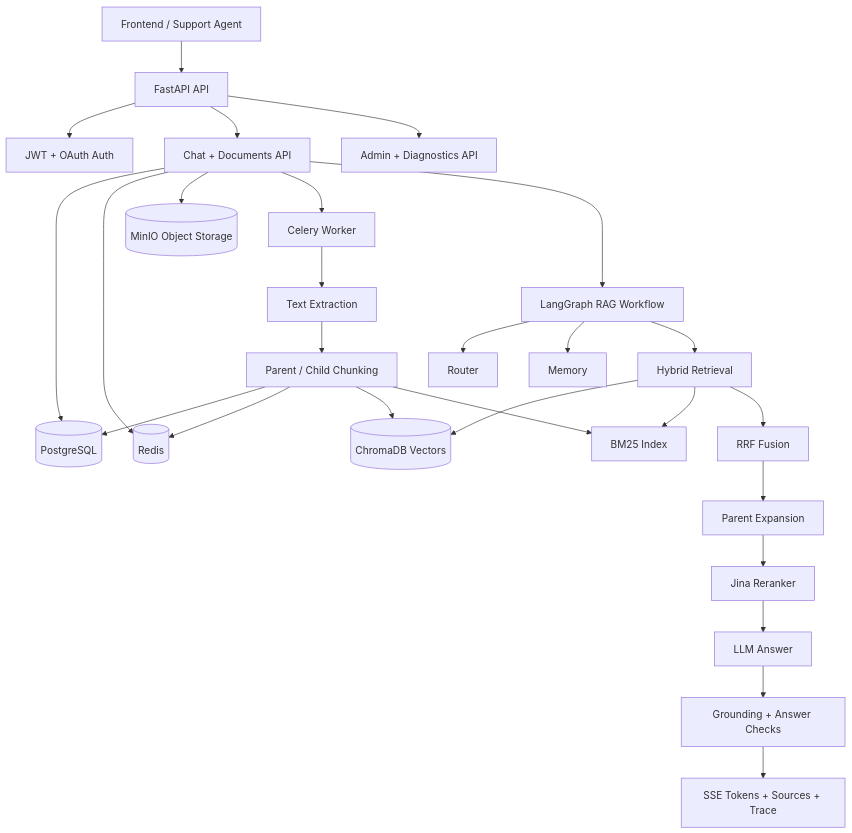
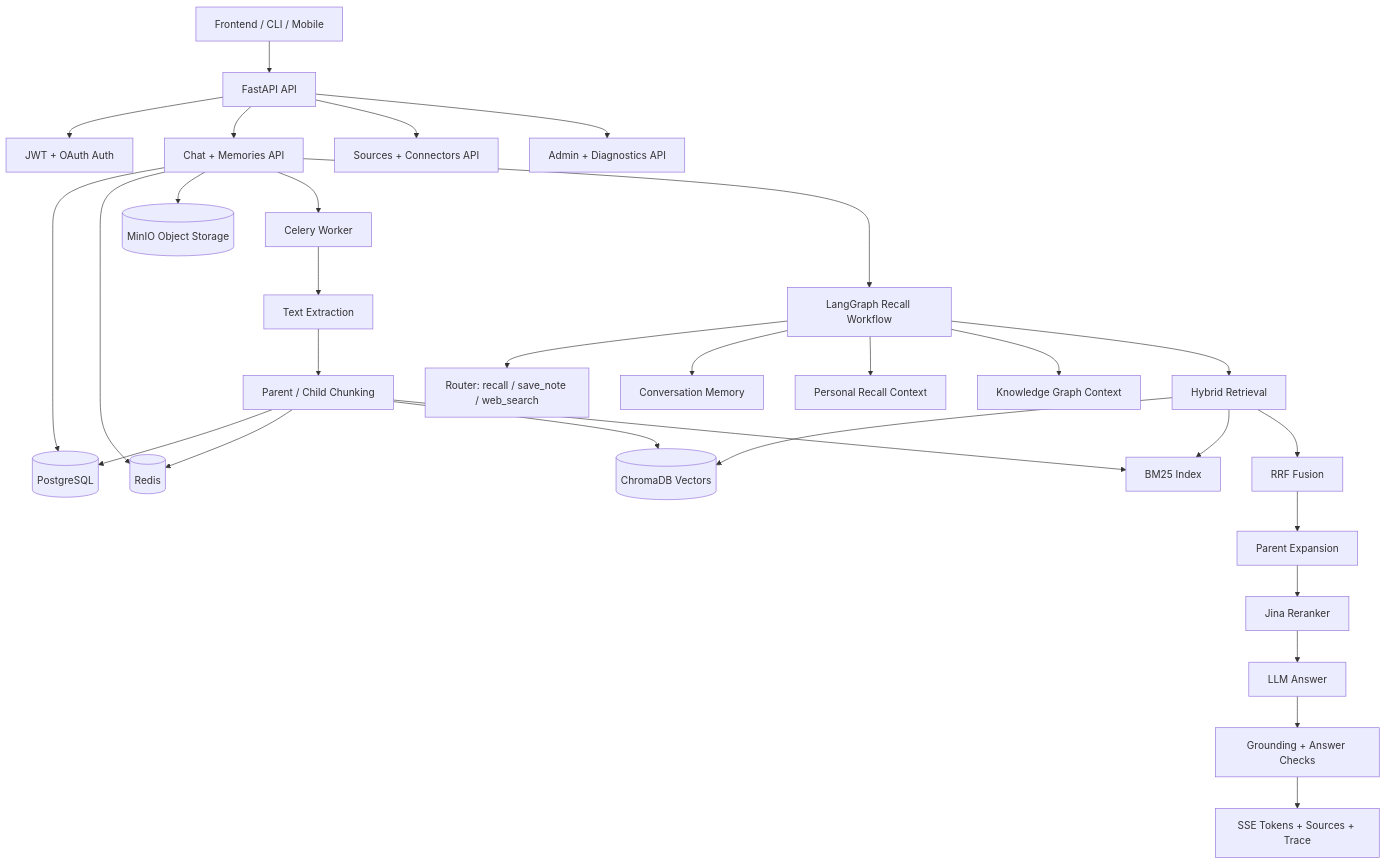
The diagram in README.md (twilightt1/mindlayer), drawn with Mermaid before and after one commit. The commit also changed other lines of this file and 10 other files, not shown here.

````diff
--- a/README.md
+++ b/README.md
@@ -55,32 +75,35 @@
 ```mermaid
 graph TD
-    Client[Frontend / Support Agent] --> API[FastAPI API]
+    Client[Frontend / CLI / Mobile] --> API[FastAPI API]
     API --> Auth[JWT + OAuth Auth]
-    API --> Chat[Chat + Documents API]
+    API --> Chat[Chat + Memories API]
+    API --> Sources[Sources + Connectors API]
     API --> Admin[Admin + Diagnostics API]
 
     Chat --> Postgres[(PostgreSQL)]
     Chat --> Redis[(Redis)]
     Chat --> MinIO[(MinIO Object Storage)]
     Chat --> Celery[Celery Worker]
 
     Celery --> Extract[Text Extraction]
     Extract --> Chunk[Parent / Child Chunking]
     Chunk --> Postgres
     Chunk --> Redis
     Chunk --> Chroma[(ChromaDB Vectors)]
     Chunk --> BM25[BM25 Index]
 
-    Chat --> Graph[LangGraph RAG Workflow]
-    Graph --> Router[Router]
-    Graph --> Memory[Memory]
+    Chat --> Graph[LangGraph Recall Workflow]
+    Graph --> Router[Router: recall / save_note / web_search]
+    Graph --> Memory[Conversation Memory]
+    Graph --> PersonalContext[Personal Recall Context]
+    Graph --> GraphContext[Knowledge Graph Context]
     Graph --> Retrieval[Hybrid Retrieval]
     Retrieval --> Chroma
     Retrieval --> BM25
     Retrieval --> RRF[RRF Fusion]
     RRF --> ParentExpansion[Parent Expansion]
     ParentExpansion --> Reranker[Jina Reranker]
     Reranker --> Answer[LLM Answer]
     Answer --> Validate[Grounding + Answer Checks]
     Validate --> SSE[SSE Tokens + Sources + Trace]
 ```
````
